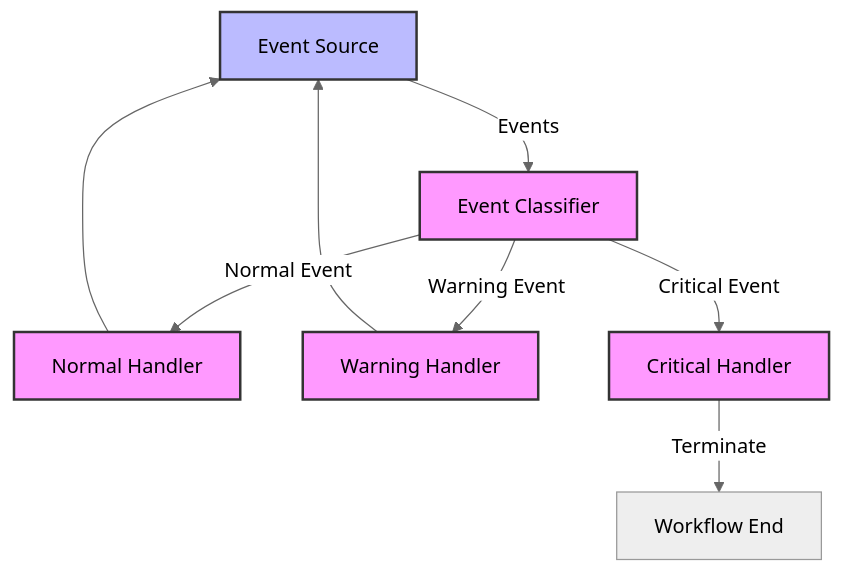
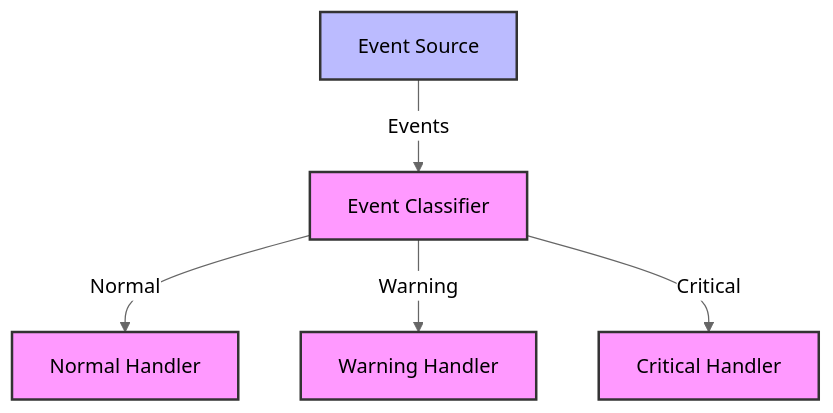
The third of 3 diagrams in README.md (aitoroses/floxide), drawn with Mermaid (neutral theme) before and after one commit. The commit also changed other lines of this file and 2 other files, not shown here.

````diff
--- a/README.md
+++ b/README.md
@@ -484,15 +120,12 @@
 ```mermaid
 graph TD
     A["Event Source"] -->|Events| B["Event Classifier"]
-    B -->|Normal Event| C["Normal Handler"]
-    B -->|Warning Event| D["Warning Handler"]
-    B -->|Critical Event| E["Critical Handler"]
-    E -->|Terminate| F["Workflow End"]
-    C --> A
-    D --> A
+    B -->|Normal| C["Normal Handler"]
+    B -->|Warning| D["Warning Handler"]
+    B -->|Critical| E["Critical Handler"]
     style A fill:#bbf,stroke:#333,stroke-width:2px
     style B fill:#f9f,stroke:#333,stroke-width:2px
     style C fill:#f9f,stroke:#333,stroke-width:2px
     style D fill:#f9f,stroke:#333,stroke-width:2px
     style E fill:#f9f,stroke:#333,stroke-width:2px
 ```
````
